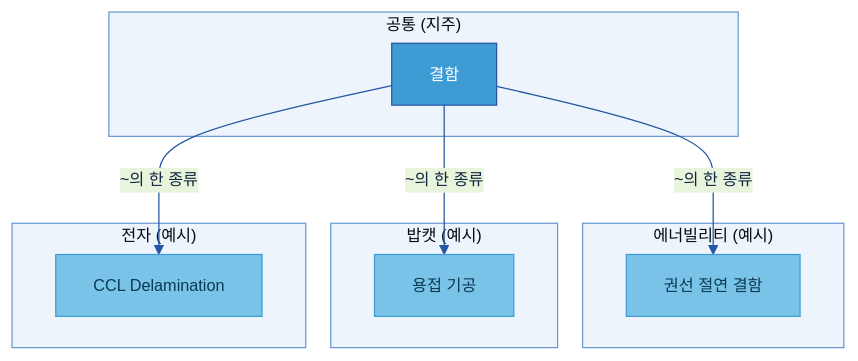
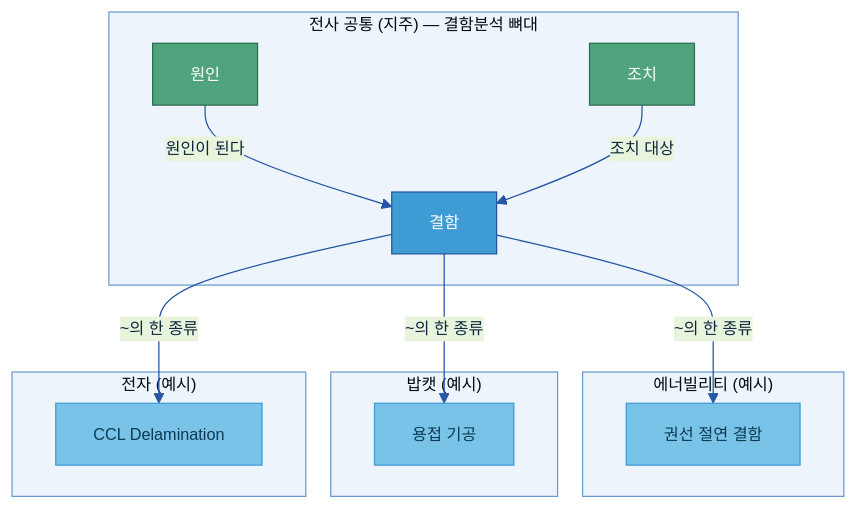
One commit to jin-kearney/ai-ready-data-manual changed the fifth of 7 diagrams in 가이드 작성/B-3 온톨로지/B-3 온톨로지.md. Above: the diagram before and after it, drawn with Mermaid. The commit also changed other lines of this file and 1 other file, not shown here.

````diff
--- a/가이드 작성/B-3 온톨로지/B-3 온톨로지.md
+++ b/가이드 작성/B-3 온톨로지/B-3 온톨로지.md
@@ -308,21 +308,23 @@
 ```mermaid
 %%{init: {'theme':'base','themeVariables':{'primaryColor':'#DCE8F5','primaryBorderColor':'#2456A4','primaryTextColor':'#10243f','lineColor':'#2456A4','clusterBkg':'#EEF4FB','clusterBorder':'#6B9AD1','fontSize':'13px'}}}%%
 flowchart TB
-    subgraph COMMON["공통 (지주)"]
-        D["결함"]:::gate
+    subgraph COMMON["전사 공통 (지주) — 결함분석 뼈대"]
+        원인["원인"]:::loop -->|"원인이 된다"| 결함["결함"]:::gate
+        조치["조치"]:::loop -->|"조치 대상"| 결함
     end
     subgraph EN["에너빌리티 (예시)"]
         EN2["권선 절연 결함"]:::src
     end
     subgraph BC["밥캣 (예시)"]
         BC2["용접 기공"]:::src
     end
     subgraph TS["전자 (예시)"]
         TS2["CCL Delamination"]:::src
     end
-    D -->|"~의 한 종류"| EN2
-    D -->|"~의 한 종류"| BC2
-    D -->|"~의 한 종류"| TS2
+    결함 -->|"~의 한 종류"| EN2
+    결함 -->|"~의 한 종류"| BC2
+    결함 -->|"~의 한 종류"| TS2
     classDef gate fill:#3F9BD4,stroke:#2456A4,color:#fff;
     classDef src fill:#79C3E8,stroke:#3F9BD4,color:#0b3a52;
+    classDef loop fill:#4FA47D,stroke:#2f6b50,color:#fff;
 ```
````
